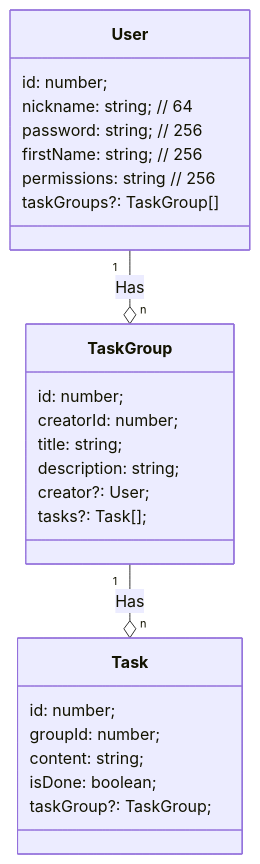
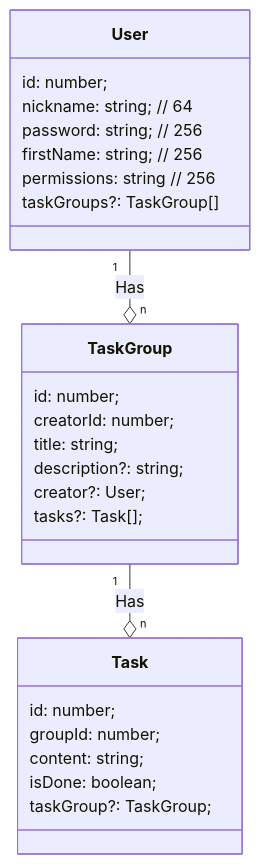
One commit to leonardodimarchi/to-do-app changed the diagram in backend/entities.md. Above: the diagram before and after it, drawn with Mermaid. The commit also changed 16 other files, not shown here.

````diff
--- a/backend/entities.md
+++ b/backend/entities.md
@@ -1,37 +1,37 @@
 ```mermaid
 classDiagram
 
 class User {
     id: number;
     nickname: string; // 64
     password: string; // 256
     firstName: string; // 256
     permissions: string // 256
 
     taskGroups?: TaskGroup[]
 }
 
 User "1" --o "n" TaskGroup : Has
 
 class TaskGroup {
   id: number;
   creatorId: number;
   title: string;
-  description: string;
+  description?: string;
 
   creator?: User;
   tasks?: Task[];
 }
 
 TaskGroup "1" --o "n" Task : Has
 
 class Task {
   id: number;
   groupId: number;
   content: string;
   isDone: boolean;
 
   taskGroup?: TaskGroup;
 }
 
 ```
````
